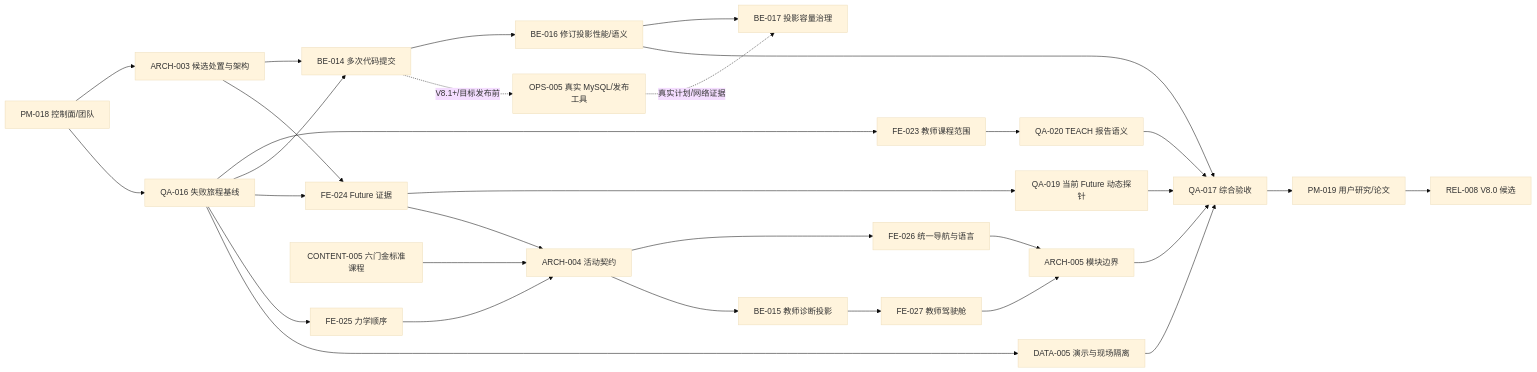
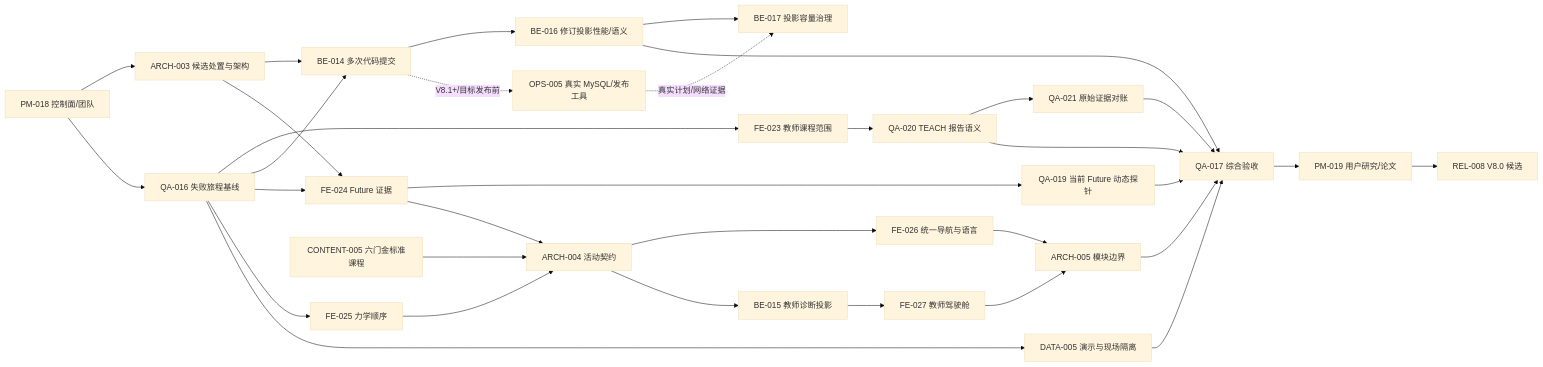
Before and after one commit to falling-feather/Astra: the sixth of 6 diagrams in doc/02-项目规划.md, drawn with Mermaid (base theme). The commit also changed other lines of this file and 1 other file, not shown here.

````diff
--- a/doc/02-项目规划.md
+++ b/doc/02-项目规划.md
@@ -438,33 +441,35 @@
 ```mermaid
 flowchart LR
     PM18["PM-018 控制面/团队"] --> ARCH3["ARCH-003 候选处置与架构"]
     PM18 --> QA16["QA-016 失败旅程基线"]
     ARCH3 --> BE14["BE-014 多次代码提交"]
     BE14 --> BE16["BE-016 修订投影性能/语义"]
     BE16 --> BE17["BE-017 投影容量治理"]
     BE14 -. "V8.1+/目标发布前" .-> OPS5["OPS-005 真实 MySQL/发布工具"]
     OPS5 -. "真实计划/网络证据" .-> BE17
     ARCH3 --> FE24["FE-024 Future 证据"]
     QA16 --> FE23["FE-023 教师课程范围"]
     FE23 --> QA20["QA-020 TEACH 报告语义"]
+    QA20 --> QA21["QA-021 原始证据对账"]
     QA16 --> BE14
     QA16 --> FE24
     FE24 --> QA19["QA-019 当前 Future 动态探针"]
     QA16 --> FE25["FE-025 力学顺序"]
     QA16 --> DATA5["DATA-005 演示与现场隔离"]
     FE24 --> ARCH4["ARCH-004 活动契约"]
     FE25 --> ARCH4
     CONTENT5["CONTENT-005 六门金标准课程"] --> ARCH4
     ARCH4 --> FE26["FE-026 统一导航与语言"]
     ARCH4 --> BE15["BE-015 教师诊断投影"]
     BE15 --> FE27["FE-027 教师驾驶舱"]
     FE26 --> ARCH5["ARCH-005 模块边界"]
     FE27 --> ARCH5
     ARCH5 --> QA17["QA-017 综合验收"]
     QA19 --> QA17
     QA20 --> QA17
+    QA21 --> QA17
     BE16 --> QA17
     DATA5 --> QA17
     QA17 --> PM19["PM-019 用户研究/论文"]
     PM19 --> REL8["REL-008 V8.0 候选"]
 ```
````
